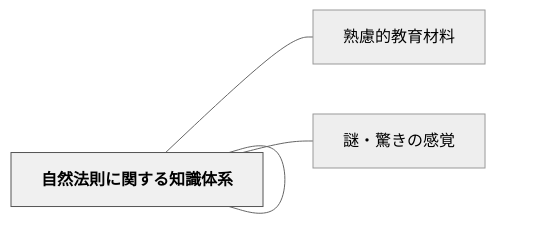
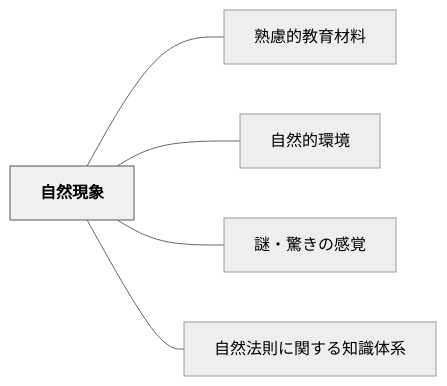
Before and after one commit to unknownthings-ed-patterns/unknownthings-ed-patterns: the diagram in content/パタン/自然現象.md, drawn with Mermaid (neutral theme). The commit also changed 527 other files, not shown here.

````diff
--- a/content/パタン/自然現象.md
+++ b/content/パタン/自然現象.md
@@ -45,16 +45,16 @@
 ```mermaid
 flowchart LR
-    ne887aae784b6["自然現象"]
-    ne7869fe685ae["熟慮的教育材料"]
-    ne887aae784b6["自然的環境"]
-    ne8ac8ee383bb["謎・驚きの感覚"]
-    ne887aae784b6["自然法則に関する知識体系"]
+    ne887aae784b6e78fbee8b1a1["自然現象"]
+    ne7869fe685aee79a84e69599e882b2e69d90e69699["熟慮的教育材料"]
+    ne887aae784b6e79a84e792b0e5a283["自然的環境"]
+    ne8ac8ee383bbe9a99ae3818de381aee6849fe8a69a["謎・驚きの感覚"]
+    ne887aae784b6e6b395e58987e381abe996a2e38199e3828be79fa5e8ad98e4bd93e7b3bb["自然法則に関する知識体系"]
 
-    ne887aae784b6 --- ne7869fe685ae
-    ne887aae784b6 --- ne887aae784b6
-    ne887aae784b6 --- ne8ac8ee383bb
-    ne887aae784b6 --- ne887aae784b6
+    ne887aae784b6e78fbee8b1a1 --- ne7869fe685aee79a84e69599e882b2e69d90e69699
+    ne887aae784b6e78fbee8b1a1 --- ne887aae784b6e79a84e792b0e5a283
+    ne887aae784b6e78fbee8b1a1 --- ne8ac8ee383bbe9a99ae3818de381aee6849fe8a69a
+    ne887aae784b6e78fbee8b1a1 --- ne887aae784b6e6b395e58987e381abe996a2e38199e3828be79fa5e8ad98e4bd93e7b3bb
 
     classDef hub fill:#f0f0f0,stroke:#555,color:#000,font-weight:bold
-    class ne887aae784b6 hub
+    class ne887aae784b6e78fbee8b1a1 hub
 ```
````
